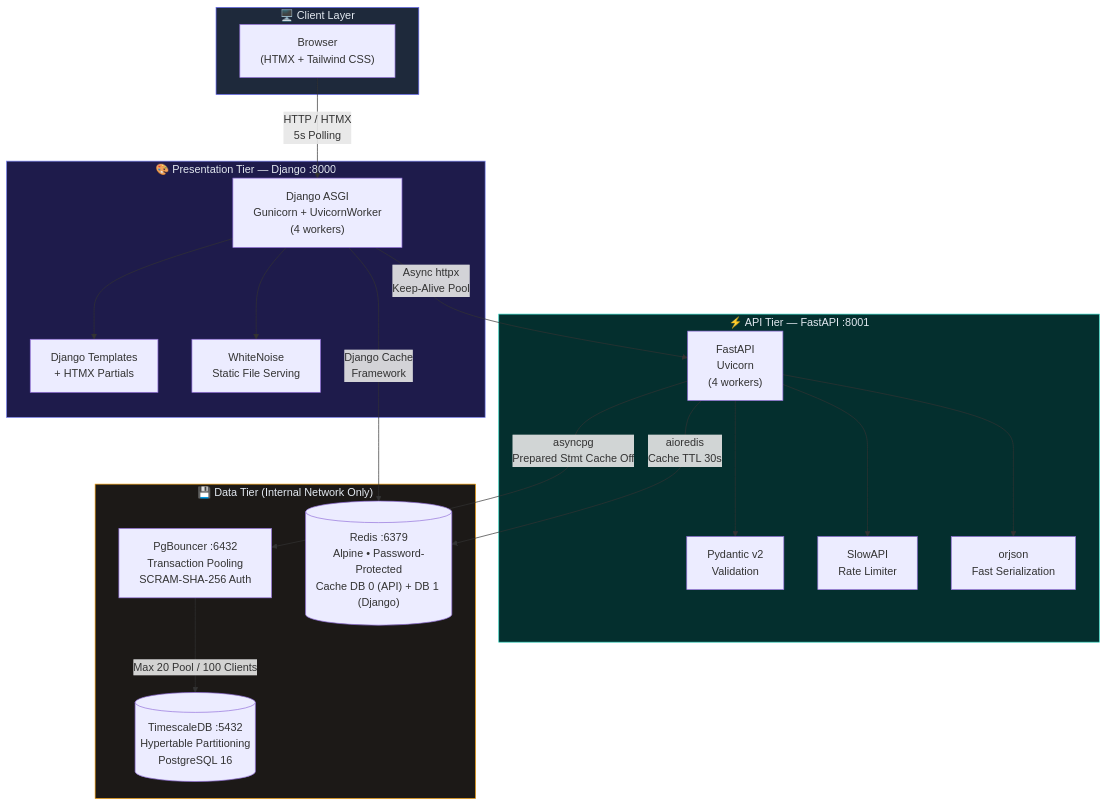
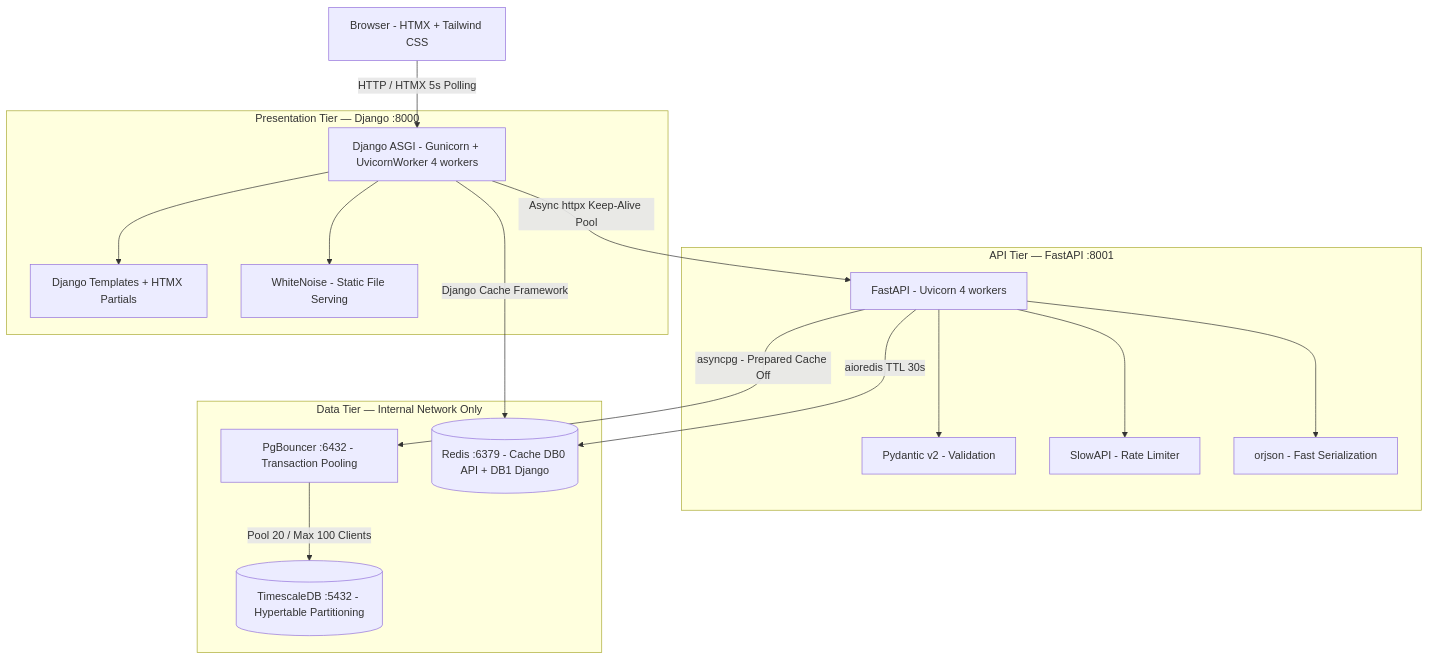
One commit to tedaks/project changed the first of 8 diagrams in README.md. Above: the diagram before and after it, drawn with Mermaid. The commit also changed other lines of this file, not shown here.

Commit message:
docs: update Mermaid diagrams for clarity and refine various textual descriptions.

````diff
--- a/README.md
+++ b/README.md
@@ -39,42 +39,35 @@
 ```mermaid
 graph TB
-    subgraph Client["🖥️ Client Layer"]
-        Browser["Browser<br/>(HTMX + Tailwind CSS)"]
+    Browser["Browser - HTMX + Tailwind CSS"]
+
+    subgraph Presentation["Presentation Tier — Django :8000"]
+        Django["Django ASGI - Gunicorn + UvicornWorker 4 workers"]
+        Templates["Django Templates + HTMX Partials"]
+        WhiteNoise["WhiteNoise - Static File Serving"]
     end
 
-    subgraph Presentation["🎨 Presentation Tier — Django :8000"]
-        Django["Django ASGI<br/>Gunicorn + UvicornWorker<br/>(4 workers)"]
-        Templates["Django Templates<br/>+ HTMX Partials"]
-        WhiteNoise["WhiteNoise<br/>Static File Serving"]
+    subgraph ApiTier["API Tier — FastAPI :8001"]
+        FastApiApp["FastAPI - Uvicorn 4 workers"]
+        PydanticLib["Pydantic v2 - Validation"]
+        SlowApiLib["SlowAPI - Rate Limiter"]
+        OrJsonLib["orjson - Fast Serialization"]
     end
 
-    subgraph API["⚡ API Tier — FastAPI :8001"]
-        FastAPI["FastAPI<br/>Uvicorn<br/>(4 workers)"]
-        Pydantic["Pydantic v2<br/>Validation"]
-        SlowAPI["SlowAPI<br/>Rate Limiter"]
-        ORJson["orjson<br/>Fast Serialization"]
+    subgraph DataTier["Data Tier — Internal Network Only"]
+        PgBouncerSvc["PgBouncer :6432 - Transaction Pooling"]
+        TimescaleDBSvc[("TimescaleDB :5432 - Hypertable Partitioning")]
+        RedisSvc[("Redis :6379 - Cache DB0 API + DB1 Django")]
     end
 
-    subgraph Data["💾 Data Tier (Internal Network Only)"]
-        PgBouncer["PgBouncer :6432<br/>Transaction Pooling<br/>SCRAM-SHA-256 Auth"]
-        TimescaleDB[("TimescaleDB :5432<br/>Hypertable Partitioning<br/>PostgreSQL 16")]
-        Redis[("Redis :6379<br/>Alpine • Password-Protected<br/>Cache DB 0 (API) + DB 1 (Django)")]
-    end
-
-    Browser -- "HTTP / HTMX<br/>5s Polling" --> Django
+    Browser -- "HTTP / HTMX 5s Polling" --> Django
     Django --> Templates
     Django --> WhiteNoise
-    Django -- "Async httpx<br/>Keep-Alive Pool" --> FastAPI
-    FastAPI --> Pydantic
-    FastAPI --> SlowAPI
-    FastAPI --> ORJson
-    FastAPI -- "asyncpg<br/>Prepared Stmt Cache Off" --> PgBouncer
-    PgBouncer -- "Max 20 Pool / 100 Clients" --> TimescaleDB
-    FastAPI -- "aioredis<br/>Cache TTL 30s" --> Redis
-    Django -- "Django Cache<br/>Framework" --> Redis
-
-    style Client fill:#1e293b,stroke:#6366f1,color:#e2e8f0
-    style Presentation fill:#1e1b4b,stroke:#818cf8,color:#e2e8f0
-    style API fill:#042f2e,stroke:#2dd4bf,color:#e2e8f0
-    style Data fill:#1c1917,stroke:#f59e0b,color:#e2e8f0
+    Django -- "Async httpx Keep-Alive Pool" --> FastApiApp
+    FastApiApp --> PydanticLib
+    FastApiApp --> SlowApiLib
+    FastApiApp --> OrJsonLib
+    FastApiApp -- "asyncpg - Prepared Cache Off" --> PgBouncerSvc
+    PgBouncerSvc -- "Pool 20 / Max 100 Clients" --> TimescaleDBSvc
+    FastApiApp -- "aioredis TTL 30s" --> RedisSvc
+    Django -- "Django Cache Framework" --> RedisSvc
 ```
````
